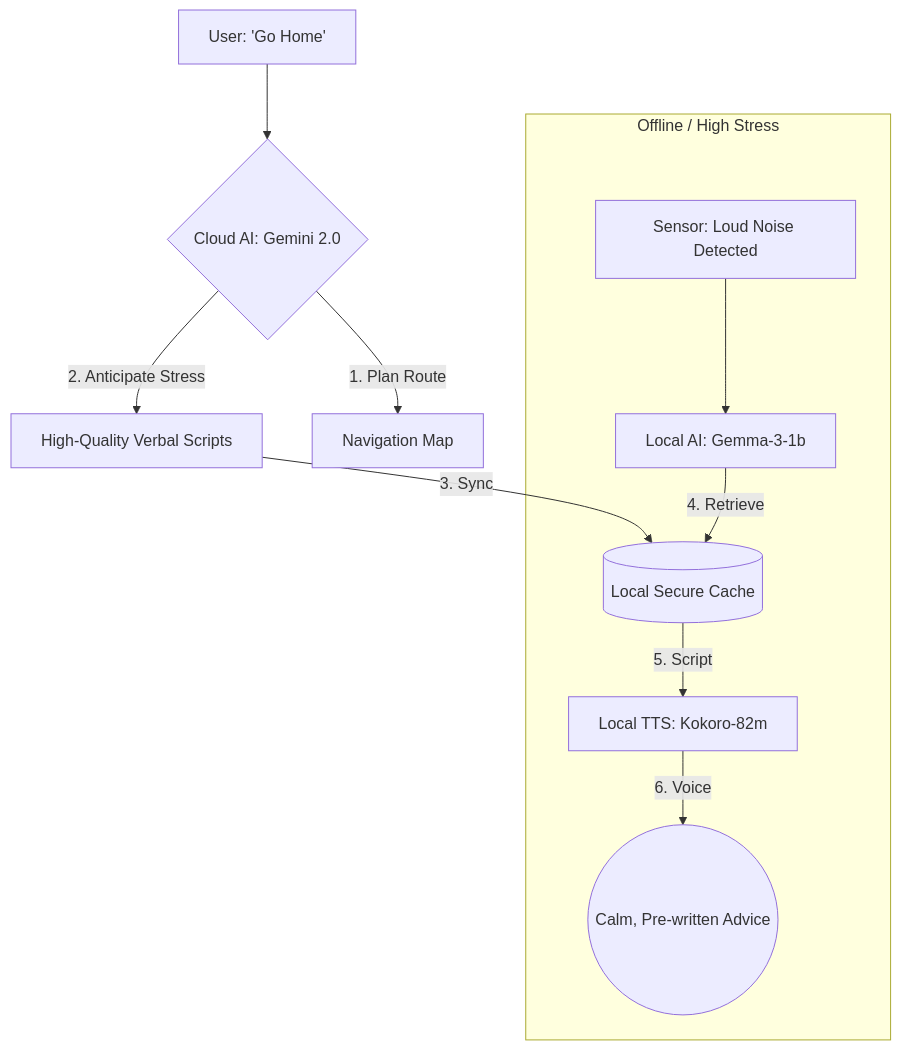
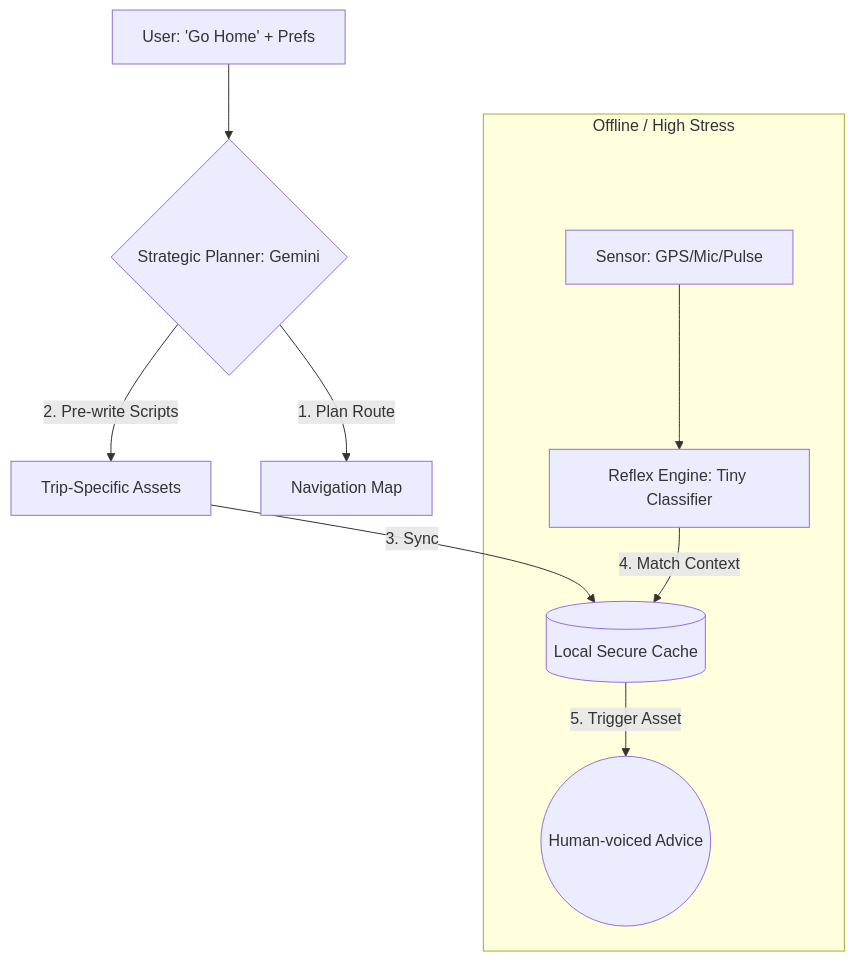
The diagram in docs/mobile/LOCAL_AI_ENHANCEMENT_STRATEGY.md (keiseiisobe/pocket-secure-base), drawn with Mermaid before and after one commit. The commit also changed other lines of this file and 8 other files, not shown here.

````diff
--- a/docs/mobile/LOCAL_AI_ENHANCEMENT_STRATEGY.md
+++ b/docs/mobile/LOCAL_AI_ENHANCEMENT_STRATEGY.md
@@ -38,14 +34,13 @@
 ```mermaid
 graph TD
-    User[User: 'Go Home'] --> Cloud{Cloud AI: Gemini 2.0}
+    User[User: 'Go Home' + Prefs] --> Cloud{Strategic Planner: Gemini}
     Cloud -- "1. Plan Route" --> Route[Navigation Map]
-    Cloud -- "2. Anticipate Stress" --> Scripts[High-Quality Verbal Scripts]
-    Scripts -- "3. Sync" --> LocalDB[(Local Secure Cache)]
+    Cloud -- "2. Pre-write Scripts" --> Scripts[Trip-Specific Assets]
+    Scripts -- "3. Sync" --> LocalStore[(Local Secure Cache)]
     
-    subgraph Emergency_Mode [Offline / High Stress]
-        Sensor[Sensor: Loud Noise Detected] --> LocalAI[Local AI: Gemma-3-1b]
-        LocalAI -- "4. Retrieve" --> LocalDB
-        LocalDB -- "5. Script" --> TTS[Local TTS: Kokoro-82m]
-        TTS -- "6. Voice" --> UserAudio((Calm, Pre-written Advice))
+    subgraph Emergency_Reflex_Mode [Offline / High Stress]
+        Sensor[Sensor: GPS/Mic/Pulse] --> Reflex[Reflex Engine: Tiny Classifier]
+        Reflex -- "4. Match Context" --> LocalStore
+        LocalStore -- "5. Trigger Asset" --> UserAudio((Human-voiced Advice))
     end
 ```
````
